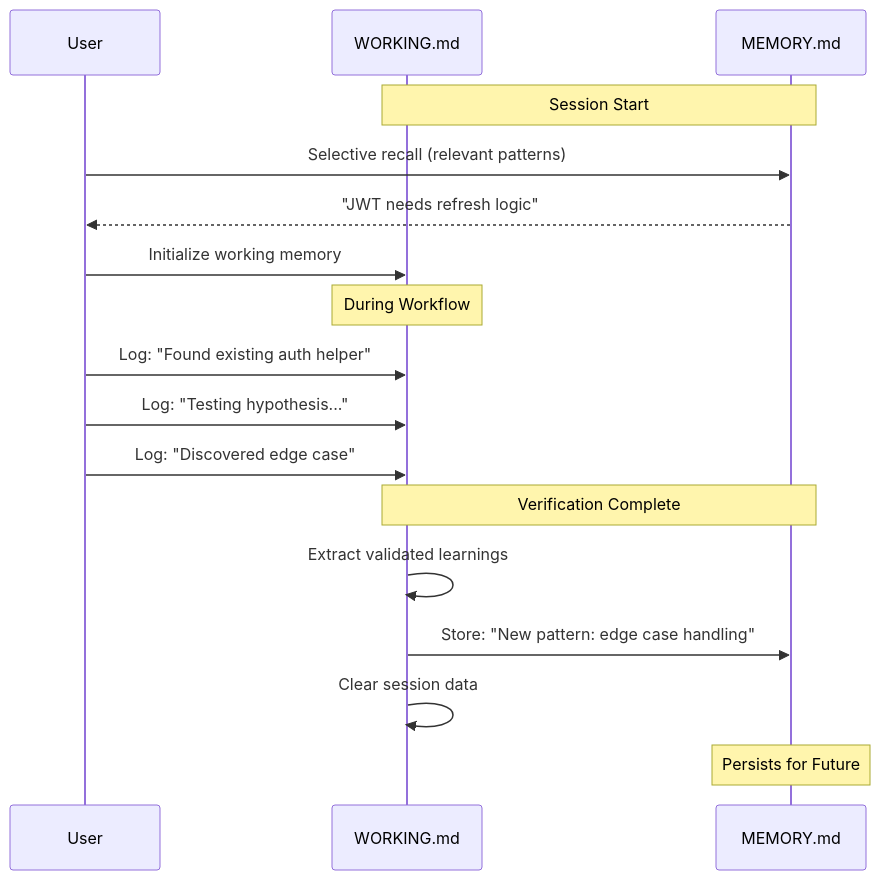
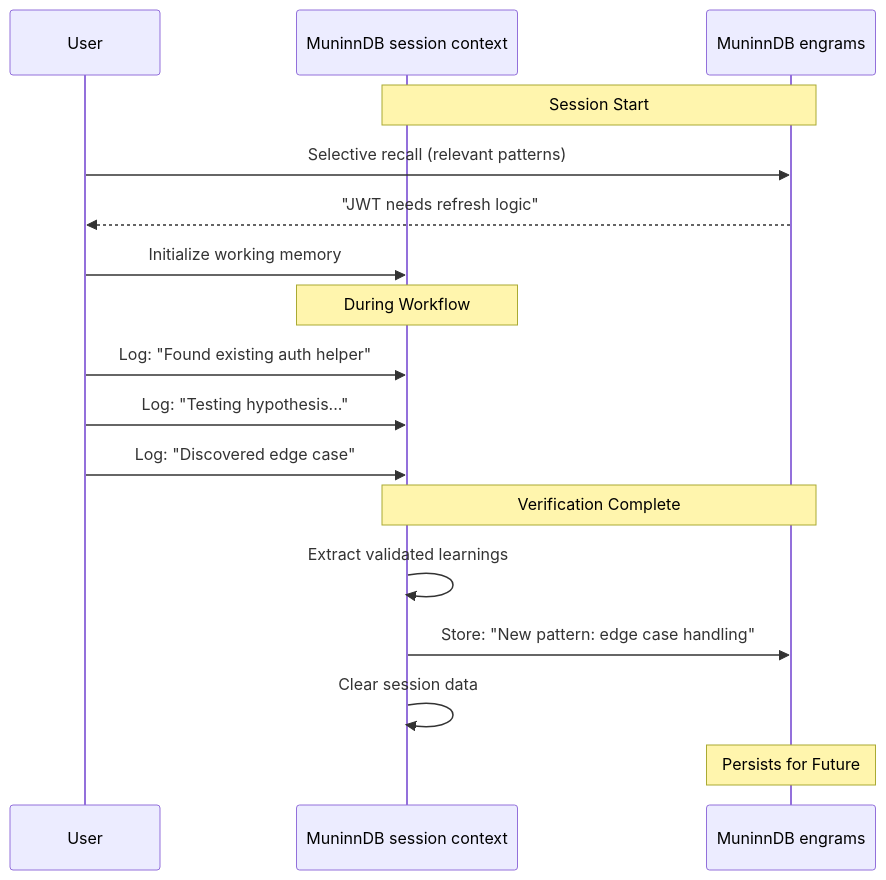
The tenth of 14 diagrams in docs/agent-framework/luca/diagrams.md (asibilia/luca-framework), drawn with Mermaid before and after one commit. The commit also changed other lines of this file and 820 other files, not shown here.

````diff
--- a/docs/agent-framework/luca/diagrams.md
+++ b/docs/agent-framework/luca/diagrams.md
@@ -415,26 +415,26 @@
 ```mermaid
 sequenceDiagram
     participant U as User
-    participant W as WORKING.md
-    participant M as MEMORY.md
+    participant W as MuninnDB session context
+    participant M as MuninnDB engrams
 
     Note over W,M: Session Start
 
     U->>M: Selective recall (relevant patterns)
     M-->>U: "JWT needs refresh logic"
     U->>W: Initialize working memory
 
     Note over W: During Workflow
 
     U->>W: Log: "Found existing auth helper"
     U->>W: Log: "Testing hypothesis..."
     U->>W: Log: "Discovered edge case"
 
     Note over W,M: Verification Complete
 
     W->>W: Extract validated learnings
     W->>M: Store: "New pattern: edge case handling"
     W->>W: Clear session data
 
     Note over M: Persists for Future
 ```
````
